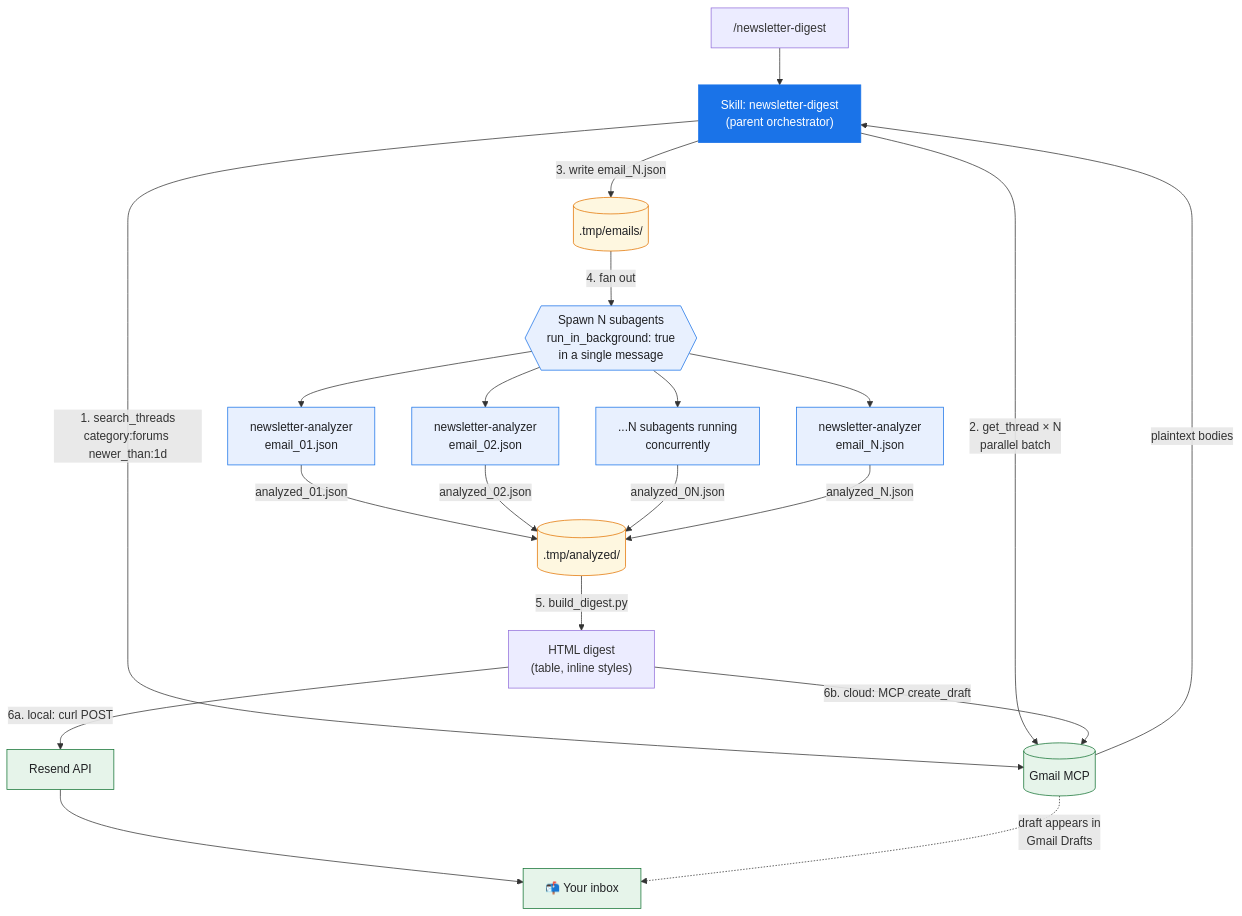
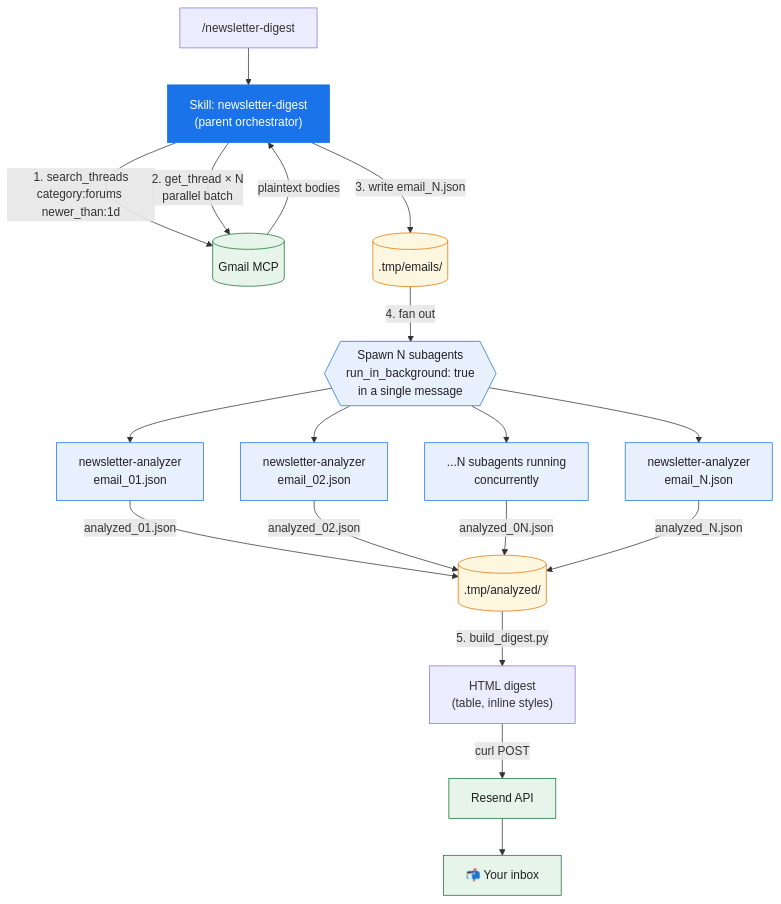
The diagram in README.md (xj-2045/claude-newsletter-digest.v2), drawn with Mermaid before and after one commit. The commit also changed other lines of this file and 1 other file, not shown here.

First line of the commit message:
refactor: remove 7b Gmail draft path, simplify to Resend-only delivery

````diff
--- a/README.md
+++ b/README.md
@@ -31,38 +31,36 @@
 ```mermaid
 flowchart TB
     User["/newsletter-digest"] --> Skill["Skill: newsletter-digest<br/>(parent orchestrator)"]
 
     Skill -->|"1. search_threads<br/>category:forums newer_than:1d"| Gmail[("Gmail MCP")]
     Skill -->|"2. get_thread × N<br/>parallel batch"| Gmail
     Gmail -->|plaintext bodies| Skill
 
     Skill -->|"3. write email_N.json"| Emails[(".tmp/emails/")]
 
     Emails -->|"4. fan out"| Fan{{"Spawn N subagents<br/>run_in_background: true<br/>in a single message"}}
 
     Fan --> A1["newsletter-analyzer<br/>email_01.json"]
     Fan --> A2["newsletter-analyzer<br/>email_02.json"]
     Fan --> AD["...N subagents running<br/>concurrently"]
     Fan --> AN["newsletter-analyzer<br/>email_N.json"]
 
     A1 -->|analyzed_01.json| Results[(".tmp/analyzed/")]
     A2 -->|analyzed_02.json| Results
     AD -->|analyzed_0N.json| Results
     AN -->|analyzed_N.json| Results
 
     Results -->|"5. build_digest.py"| Build["HTML digest<br/>(table, inline styles)"]
 
-    Build -->|"6a. local: curl POST"| Resend["Resend API"]
-    Build -->|"6b. cloud: MCP create_draft"| Gmail
+    Build -->|"curl POST"| Resend["Resend API"]
     Resend --> Inbox["📬 Your inbox"]
-    Gmail -.->|"draft appears in<br/>Gmail Drafts"| Inbox
 
     classDef parent fill:#1a73e8,stroke:#1a73e8,color:#fff
     classDef subagent fill:#e8f0fe,stroke:#1a73e8,color:#202124
     classDef storage fill:#fef7e0,stroke:#e37400,color:#202124
     classDef external fill:#e6f4ea,stroke:#137333,color:#202124
     class Skill parent
     class A1,A2,AD,AN,Fan subagent
     class Emails,Results storage
     class Gmail,Resend,Inbox external
 ```
````
